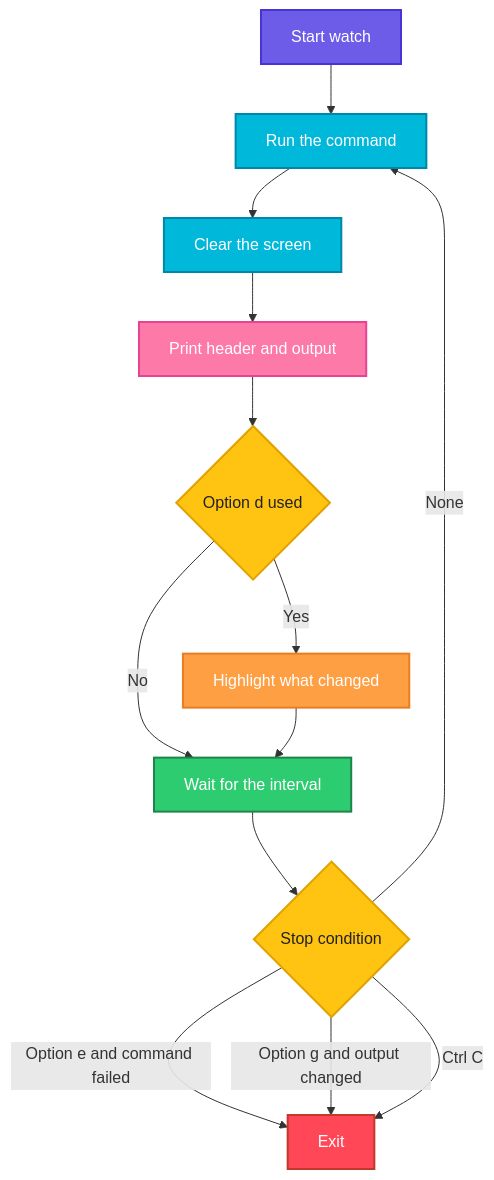
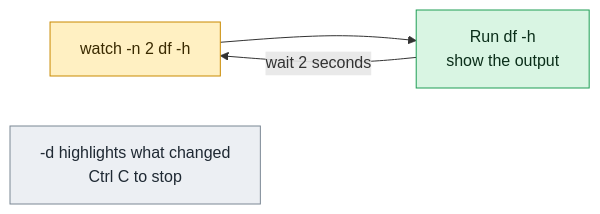
One commit to codeKerdosTech/DevOps-Documentation changed the diagram in linux/process-management/watch.md. Above: the diagram before and after it, drawn with Mermaid. The commit also changed other lines of this file and 165 other files, not shown here.

Commit message:
updated diagrams in linux

````diff
--- a/linux/process-management/watch.md
+++ b/linux/process-management/watch.md
@@ -23,29 +23,14 @@
 ```mermaid
-flowchart TD
-    A[Start watch] --> B[Run the command]
-    B --> C[Clear the screen]
-    C --> D[Print header and output]
-    D --> E{Option d used}
-    E -->|Yes| F[Highlight what changed]
-    E -->|No| G[Wait for the interval]
-    F --> G
-    G --> H{Stop condition}
-    H -->|Option e and command failed| I[Exit]
-    H -->|Option g and output changed| I
-    H -->|Ctrl C| I
-    H -->|None| B
-    classDef start fill:#6C5CE7,stroke:#4834D4,stroke-width:2px,color:#fff
-    classDef proc fill:#00B8D9,stroke:#0087A8,stroke-width:2px,color:#fff
-    classDef dec fill:#FFC312,stroke:#E1A100,stroke-width:2px,color:#222
-    classDef ok fill:#2ECC71,stroke:#1E8449,stroke-width:2px,color:#fff
-    classDef err fill:#FF4757,stroke:#C0392B,stroke-width:2px,color:#fff
-    classDef out fill:#FD79A8,stroke:#E84393,stroke-width:2px,color:#fff
-    classDef alt fill:#FF9F43,stroke:#E67E22,stroke-width:2px,color:#fff
-    class A start
-    class B,C proc
-    class D out
-    class E,H dec
-    class F alt
-    class G ok
-    class I err
+flowchart LR
+    c1[watch -n 2 df -h] --> o1[Run df -h<br/>show the output]
+    o1 -->|wait 2 seconds| c1
+    n1[-d highlights what changed<br/>Ctrl C to stop]
+    classDef inp fill:#DCEBFF,stroke:#2F6FDE,color:#10213F
+    classDef cmd fill:#FFF0C2,stroke:#C98A00,color:#3A2A00
+    classDef out fill:#D9F5E3,stroke:#1F9D55,color:#0B2E1A
+    classDef bad fill:#FDE0E0,stroke:#D13B3B,color:#4A0F0F
+    classDef note fill:#ECEFF3,stroke:#7B8794,color:#1F2933
+    class c1 cmd
+    class o1 out
+    class n1 note
 ```
````
